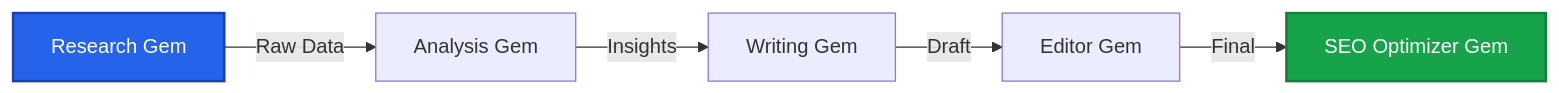
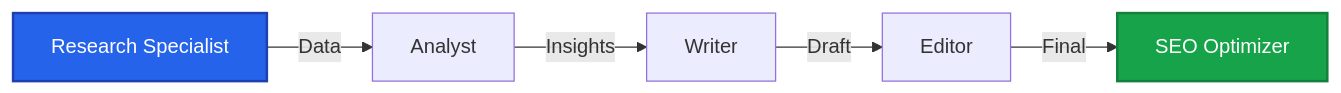
The diagram in README.md (PrototypePrime/Custom_AI-Powered_GPT), drawn with Mermaid before and after one commit. The commit also changed other lines of this file and 5 other files, not shown here.

````diff
--- a/README.md
+++ b/README.md
@@ -305,10 +240,10 @@
 ```mermaid
 graph LR
-    A[Research Gem] -->|Raw Data| B[Analysis Gem]
-    B -->|Insights| C[Writing Gem]
-    C -->|Draft| D[Editor Gem]
-    D -->|Final| E[SEO Optimizer Gem]
+    A[Research Specialist] -->|Data| B[Analyst]
+    B -->|Insights| C[Writer]
+    C -->|Draft| D[Editor]
+    D -->|Final| E[SEO Optimizer]
     
     style A fill:#2563eb,color:#fff,stroke:#1e40af,stroke-width:2px
     style E fill:#16a34a,color:#fff,stroke:#15803d,stroke-width:2px
 ```
````
